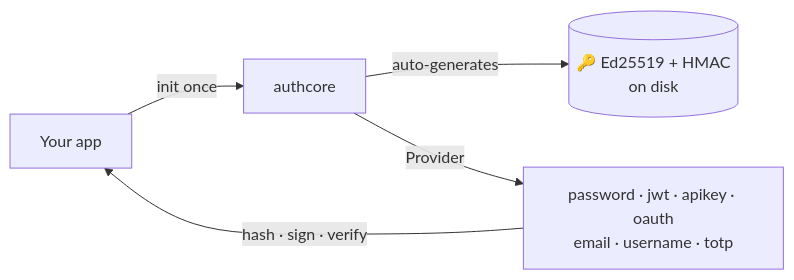
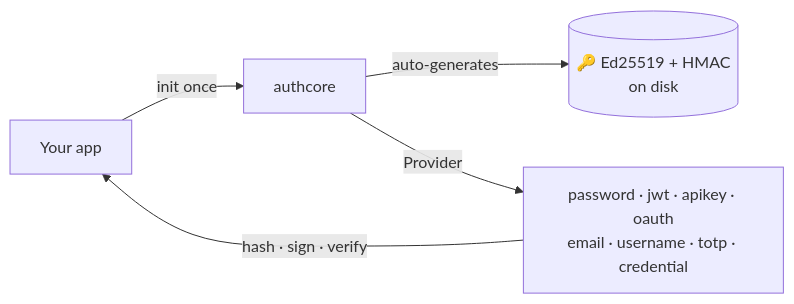
Before and after one commit to Jaro-c/AuthCore: the diagram in README.md, drawn with Mermaid. The commit also changed other lines of this file and 10 other files, not shown here.

````diff
--- a/README.md
+++ b/README.md
@@ -84,7 +85,7 @@
 ```mermaid
 flowchart LR
     App["Your app"] -->|init once| Core["authcore"]
     Core -->|auto-generates| Keys[("🔑 Ed25519 + HMAC<br/>on disk")]
-    Core -->|Provider| M["password · jwt · apikey · oauth<br/>email · username · totp"]
+    Core -->|Provider| M["password · jwt · apikey · oauth<br/>email · username · totp · credential"]
     M -->|hash · sign · verify| App
 ```
````
